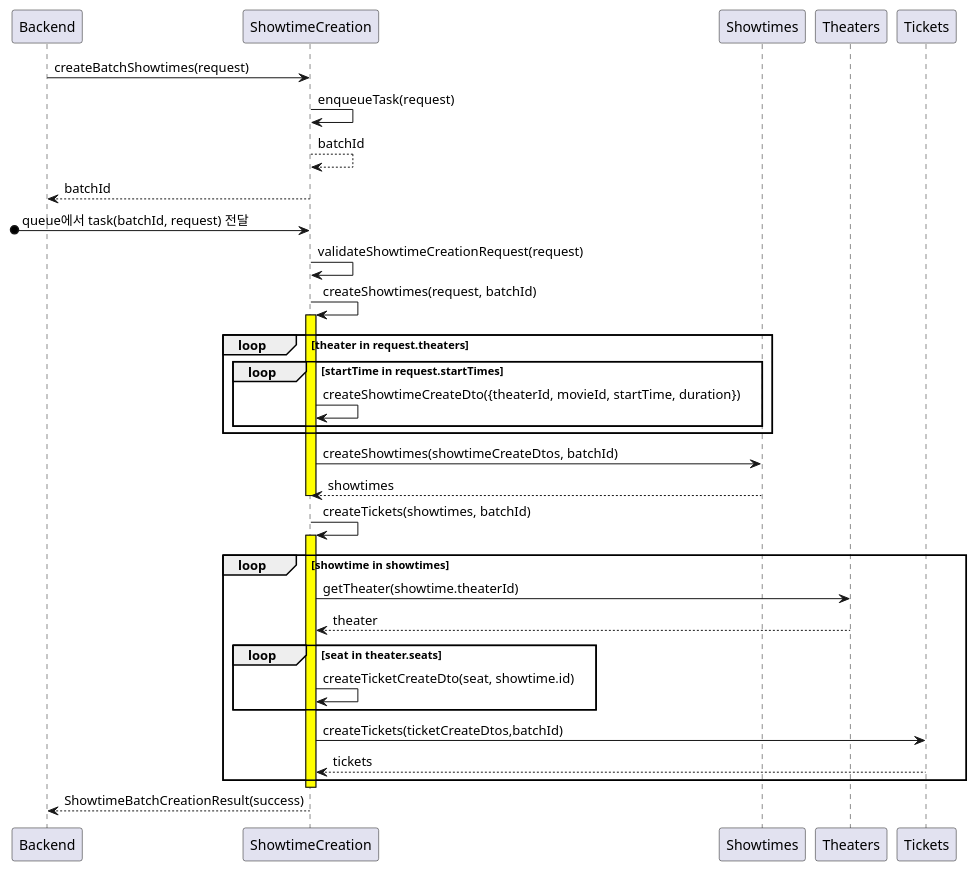
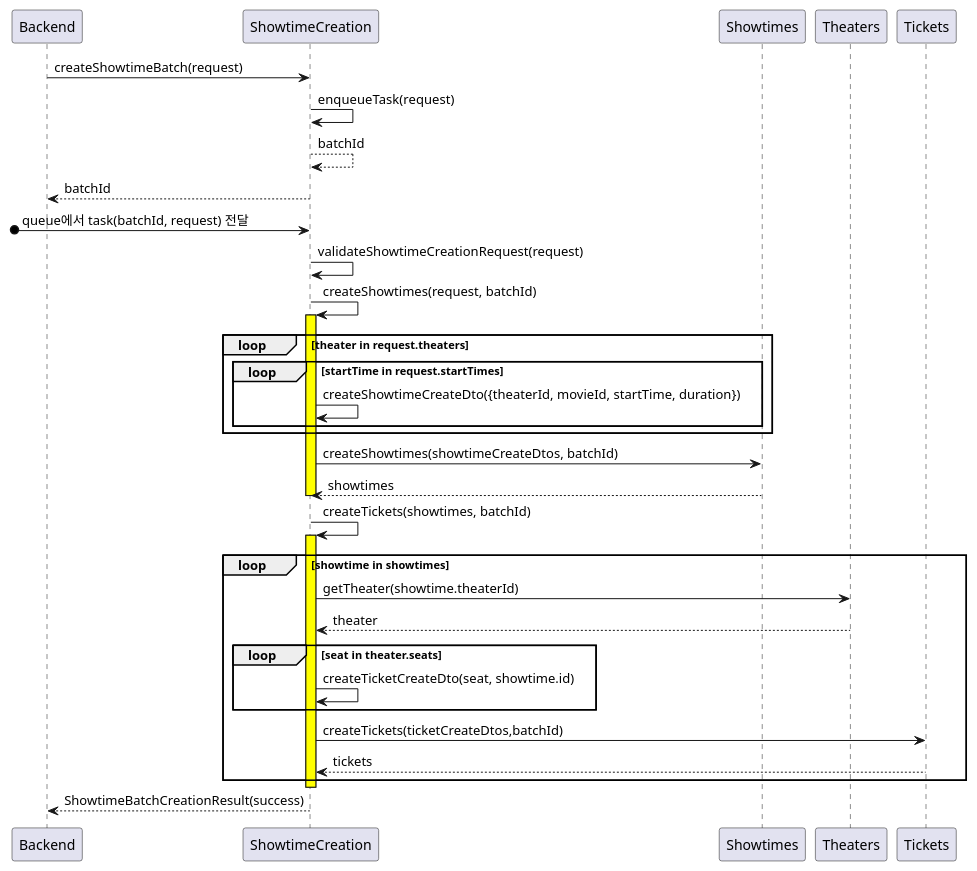
Before and after one commit to songminkyu/nest-msa: the second of 2 diagrams in docs/en/designs/showtime-creation.md, drawn with PlantUML. The commit also changed other lines of this file and 7 other files, not shown here.

Commit message:
refactor: rename createBatchShowtimes to createShowtimeBatch for consistency across services and controllers

````diff
--- a/docs/en/designs/showtime-creation.md
+++ b/docs/en/designs/showtime-creation.md
@@ -93,37 +93,37 @@
 ```plantuml
 @startuml
-Backend -> ShowtimeCreation: createBatchShowtimes(request)
+Backend -> ShowtimeCreation: createShowtimeBatch(request)
         ShowtimeCreation -> ShowtimeCreation: enqueueTask(request)
         ShowtimeCreation --> ShowtimeCreation: batchId
 Backend <-- ShowtimeCreation: batchId
 
 [o-> ShowtimeCreation: queue에서 task(batchId, request) 전달
     ShowtimeCreation -> ShowtimeCreation: validateShowtimeCreationRequest(request)
 
     ShowtimeCreation -> ShowtimeCreation: createShowtimes(request, batchId)
     activate ShowtimeCreation #yellow
         loop theater in request.theaters
             loop startTime in request.startTimes
                 ShowtimeCreation -> ShowtimeCreation: createShowtimeCreateDto({theaterId, movieId, startTime, duration})
             end
         end
 
         ShowtimeCreation -> Showtimes: createShowtimes(showtimeCreateDtos, batchId)
         ShowtimeCreation <-- Showtimes: showtimes
     deactivate ShowtimeCreation
 
     ShowtimeCreation -> ShowtimeCreation: createTickets(showtimes, batchId)
     activate ShowtimeCreation #yellow
         loop showtime in showtimes
             ShowtimeCreation -> Theaters: getTheater(showtime.theaterId)
             ShowtimeCreation <-- Theaters: theater
             loop seat in theater.seats
                 ShowtimeCreation -> ShowtimeCreation: createTicketCreateDto(seat, showtime.id)
             end
             ShowtimeCreation -> Tickets: createTickets(ticketCreateDtos,batchId)
             ShowtimeCreation <-- Tickets: tickets
         end
     deactivate ShowtimeCreation
 Backend <-- ShowtimeCreation: ShowtimeBatchCreationResult(success)
 @enduml
 ```
````
